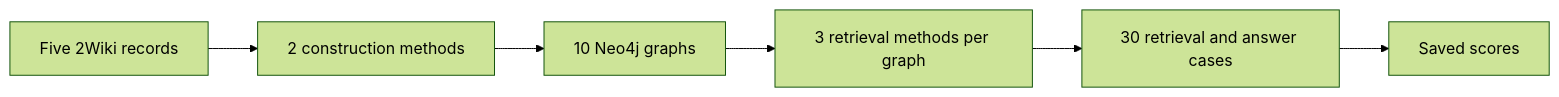
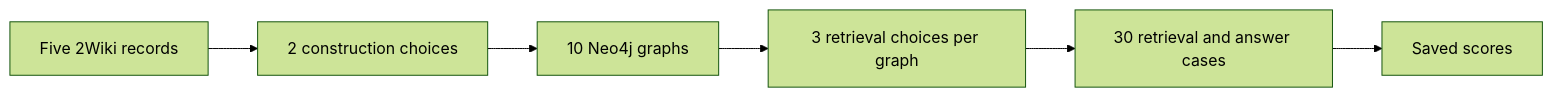
One commit to udit19199/RecRAG changed the diagram in docs/graphrag/2wikimultihop.md. Above: the diagram before and after it, drawn with Mermaid (forest theme). The commit also changed other lines of this file and 14 other files, not shown here.

````diff
--- a/docs/graphrag/2wikimultihop.md
+++ b/docs/graphrag/2wikimultihop.md
@@ -12,8 +9,8 @@
 ```mermaid
 flowchart LR
-    A[Five 2Wiki records] --> B[2 construction methods]
+    A[Five 2Wiki records] --> B[2 construction choices]
     B --> C[10 Neo4j graphs]
-    C --> D[3 retrieval methods per graph]
+    C --> D[3 retrieval choices per graph]
     D --> E[30 retrieval and answer cases]
     E --> F[Saved scores]
 ```
````
